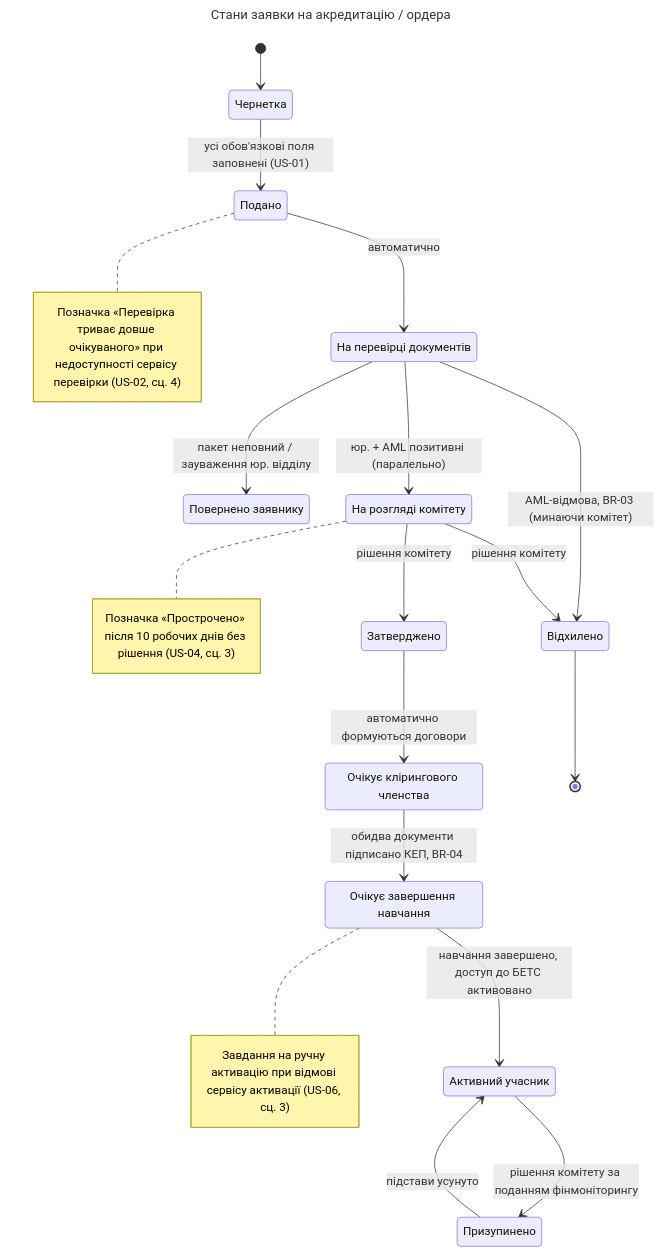
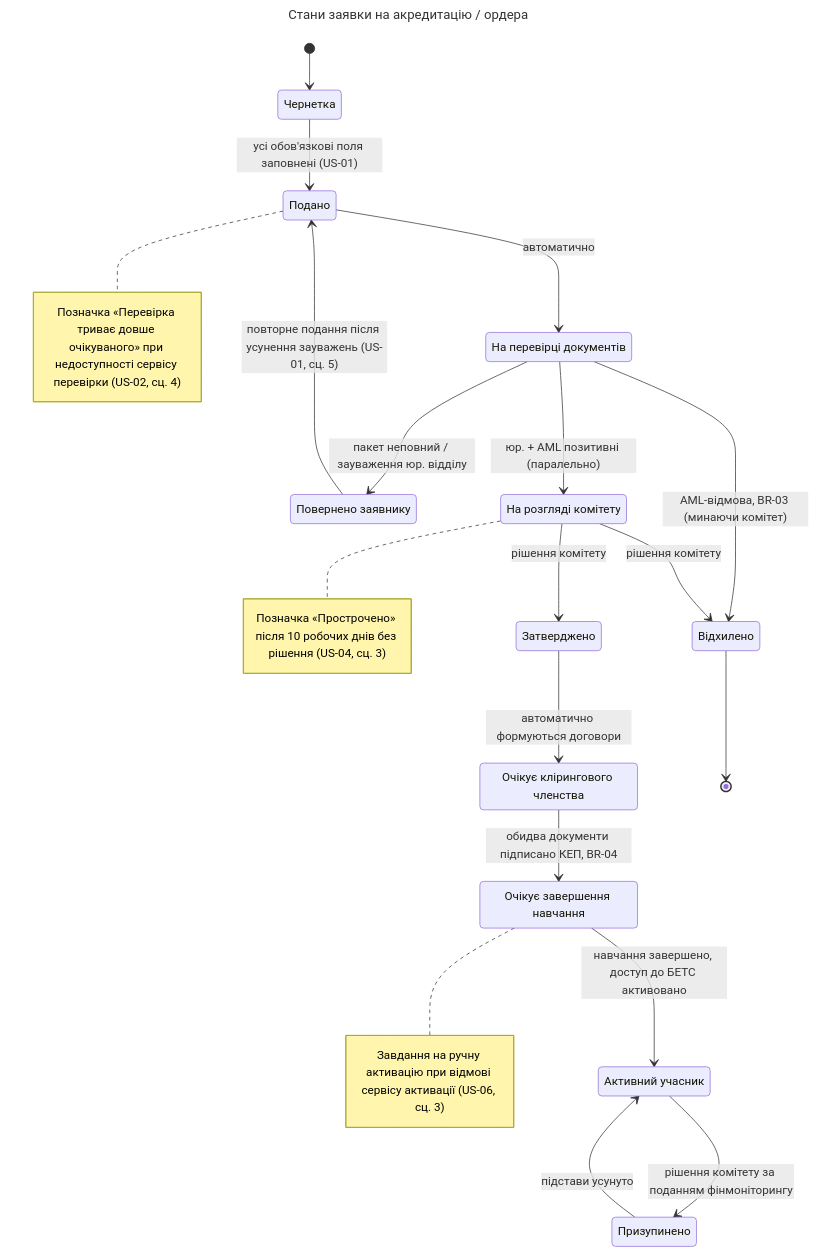
The diagram in agora_ba_artifacts.md (Alexeyglenbrook/agora-energy-exchange), drawn with Mermaid before and after one commit. The commit also changed other lines of this file, not shown here.

````diff
--- a/agora_ba_artifacts.md
+++ b/agora_ba_artifacts.md
@@ -425,36 +435,37 @@
 ```mermaid
 ---
 title: Стани заявки на акредитацію / ордера
 ---
 stateDiagram-v2
     state "Чернетка" as Draft
     state "Подано" as Submitted
     state "На перевірці документів" as UnderReview
     state "Повернено заявнику" as Returned
     state "На розгляді комітету" as CommitteeReview
     state "Затверджено" as Approved
     state "Відхилено" as Rejected
     state "Очікує клірингового членства" as AwaitingClearing
     state "Очікує завершення навчання" as AwaitingTraining
     state "Активний учасник" as Active
     state "Призупинено" as Suspended
 
     [*] --> Draft
     Draft --> Submitted : усі обов'язкові поля заповнені (US-01)
     Submitted --> UnderReview : автоматично
     UnderReview --> Returned : пакет неповний / зауваження юр. відділу
+    Returned --> Submitted : повторне подання після усунення зауважень (US-01, сц. 5)
     UnderReview --> CommitteeReview : юр. + AML позитивні (паралельно)
     UnderReview --> Rejected : AML-відмова, BR-03 (минаючи комітет)
     CommitteeReview --> Approved : рішення комітету
     CommitteeReview --> Rejected : рішення комітету
     Approved --> AwaitingClearing : автоматично формуються договори
     AwaitingClearing --> AwaitingTraining : обидва документи підписано КЕП, BR-04
     AwaitingTraining --> Active : навчання завершено, доступ до БЕТС активовано
     Active --> Suspended : рішення комітету за поданням фінмоніторингу
     Suspended --> Active : підстави усунуто
     Rejected --> [*]
 
     note right of Submitted : Позначка «Перевірка триває довше очікуваного» при недоступності сервісу перевірки (US-02, сц. 4)
     note right of CommitteeReview : Позначка «Прострочено» після 10 робочих днів без рішення (US-04, сц. 3)
     note right of AwaitingTraining : Завдання на ручну активацію при відмові сервісу активації (US-06, сц. 3)
 ```
````
